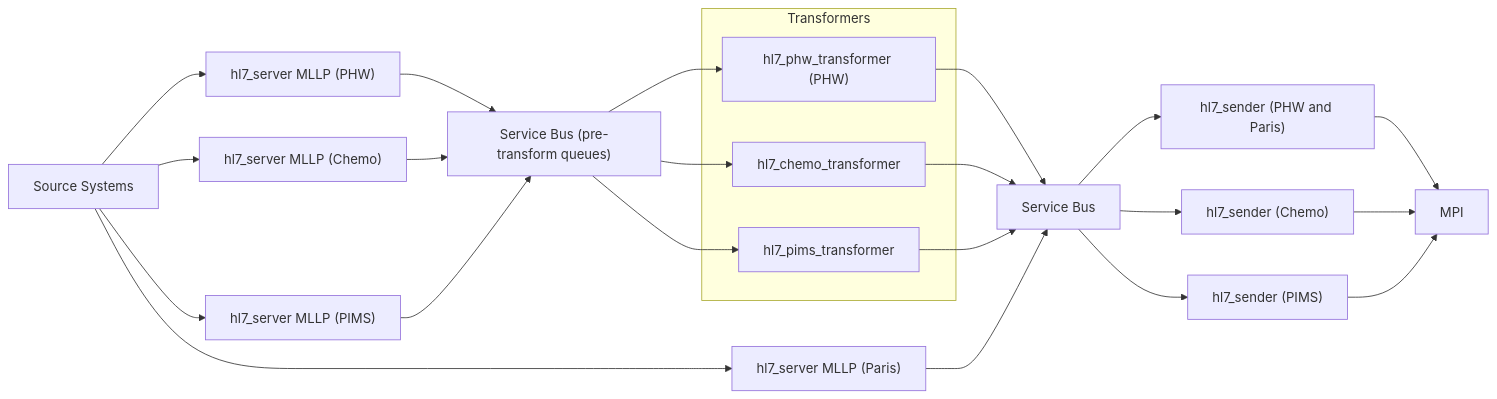
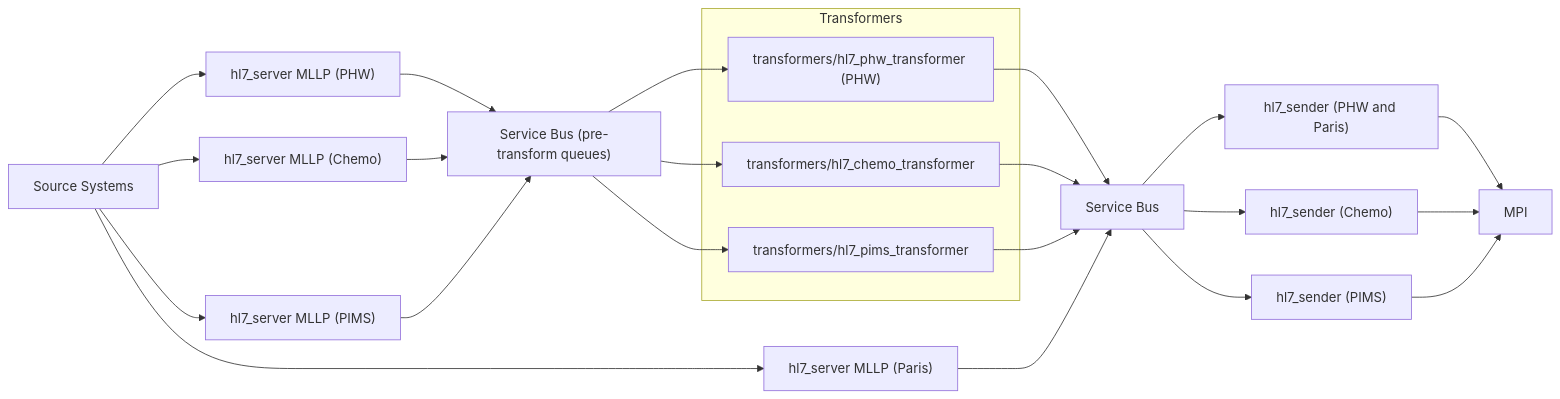
Before and after one commit to DHCW-Digital-Health-and-Care-Wales/Integration-Hub-Beta: the diagram in README.md, drawn with Mermaid. The commit also changed other lines of this file and 142 other files, not shown here.

First line of the commit message:
Restructure transformer projects into transformers/ and local env files into local/env/ (#328)

````diff
--- a/README.md
+++ b/README.md
@@ -52,34 +52,34 @@
 ```mermaid
 flowchart LR
   Source[Source Systems] --> HL7_PHW["hl7_server MLLP (PHW)"]
   Source --> HL7_PARIS["hl7_server MLLP (Paris)"]
   Source --> HL7_CHEMO["hl7_server MLLP (Chemo)"]
   Source --> HL7_PIMS["hl7_server MLLP (PIMS)"]
 
   HL7_PHW --> SB["Service Bus (pre-transform queues)"]
   HL7_CHEMO --> SB
   HL7_PIMS --> SB
 
   subgraph Transformers
-    T_PHW["hl7_phw_transformer (PHW)"]
-    T_CHEMO["hl7_chemo_transformer"]
-    T_PIMS["hl7_pims_transformer"]
+    T_PHW["transformers/hl7_phw_transformer (PHW)"]
+    T_CHEMO["transformers/hl7_chemo_transformer"]
+    T_PIMS["transformers/hl7_pims_transformer"]
   end
 
   SB --> T_PHW
   SB --> T_CHEMO
   SB --> T_PIMS
 
   T_PHW --> SB2["Service Bus"]
   T_CHEMO --> SB2
   T_PIMS --> SB2
 
   HL7_PARIS --> SB2
   SB2 --> SENDER["hl7_sender (PHW and Paris)"]
   SB2 --> CHEMO_SENDER["hl7_sender (Chemo)"]
   SB2 --> PIMS_SENDER["hl7_sender (PIMS)"]
 
   SENDER --> MPI["MPI"]
   CHEMO_SENDER --> MPI
   PIMS_SENDER --> MPI
 ```
````
